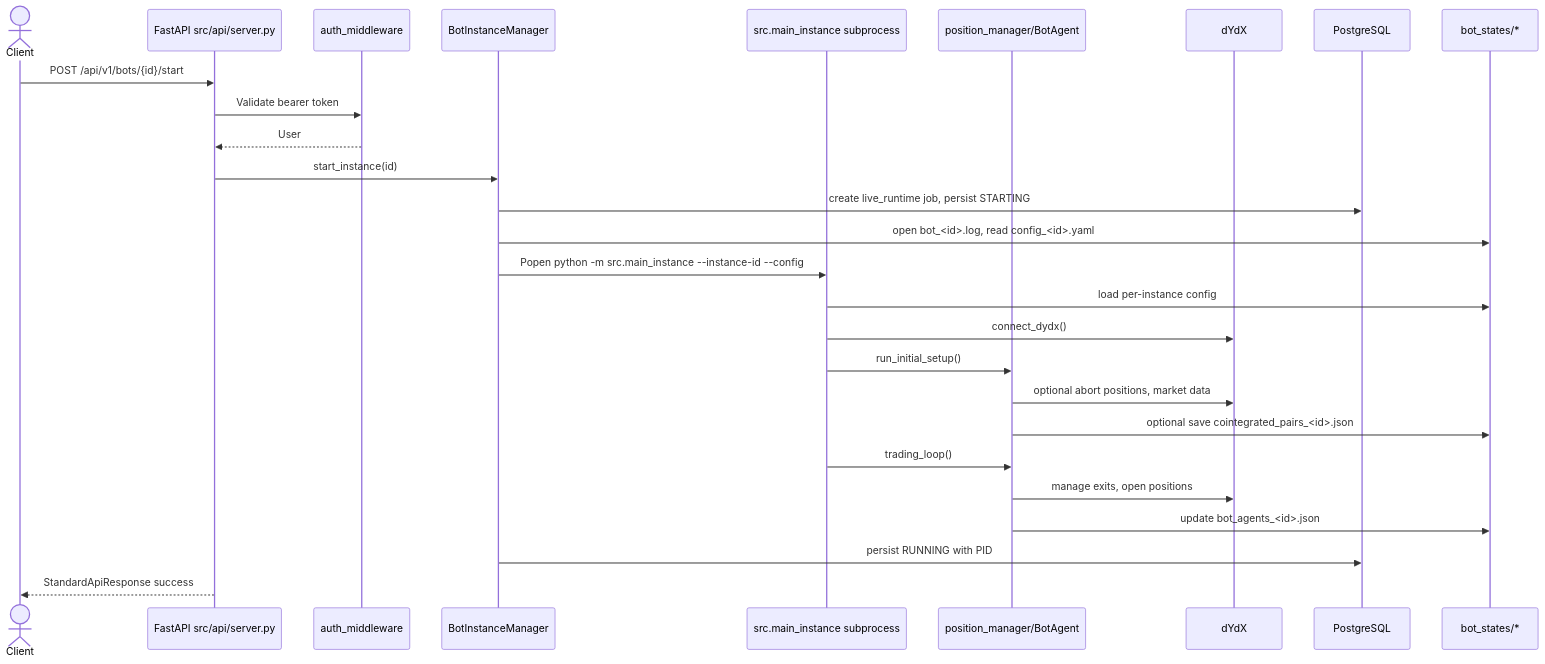
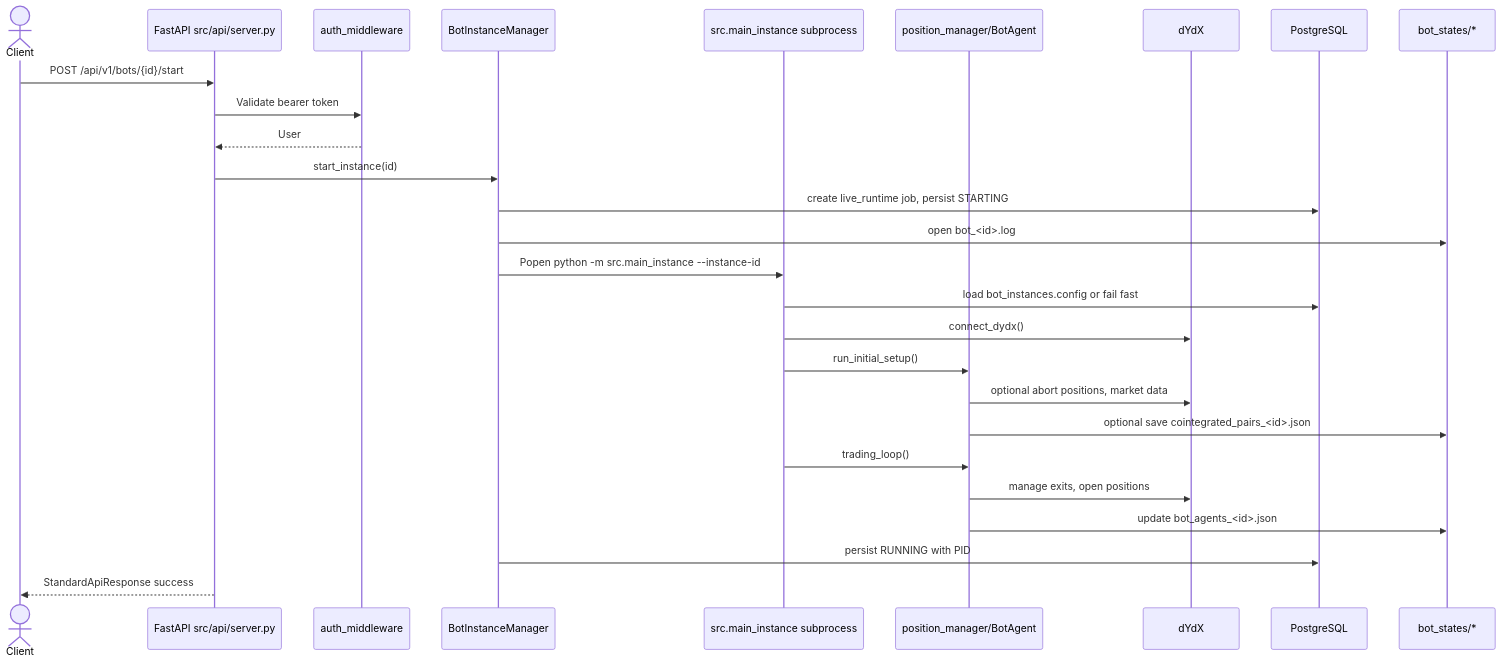
Before and after one commit to cploutarchou/dydx-trading-bot: the sixth of 9 diagrams in bot/docs/BOT_FLOWS.md, drawn with Mermaid. The commit also changed other lines of this file and 36 other files, not shown here.

````diff
--- a/bot/docs/BOT_FLOWS.md
+++ b/bot/docs/BOT_FLOWS.md
@@ -411,30 +409,30 @@
 ```mermaid
 sequenceDiagram
     actor Client
     participant API as FastAPI src/api/server.py
     participant Auth as auth_middleware
     participant Manager as BotInstanceManager
     participant Worker as src.main_instance subprocess
     participant Runtime as position_manager/BotAgent
     participant Exchange as dYdX
     participant DB as PostgreSQL
     participant Files as bot_states/*
 
     Client->>API: POST /api/v1/bots/{id}/start
     API->>Auth: Validate bearer token
     Auth-->>API: User
     API->>Manager: start_instance(id)
     Manager->>DB: create live_runtime job, persist STARTING
-    Manager->>Files: open bot_<id>.log, read config_<id>.yaml
-    Manager->>Worker: Popen python -m src.main_instance --instance-id --config
-    Worker->>Files: load per-instance config
+    Manager->>Files: open bot_<id>.log
+    Manager->>Worker: Popen python -m src.main_instance --instance-id
+    Worker->>DB: load bot_instances.config or fail fast
     Worker->>Exchange: connect_dydx()
     Worker->>Runtime: run_initial_setup()
     Runtime->>Exchange: optional abort positions, market data
     Runtime->>Files: optional save cointegrated_pairs_<id>.json
     Worker->>Runtime: trading_loop()
     Runtime->>Exchange: manage exits, open positions
     Runtime->>Files: update bot_agents_<id>.json
     Manager->>DB: persist RUNNING with PID
     API-->>Client: StandardApiResponse success
 ```
````
